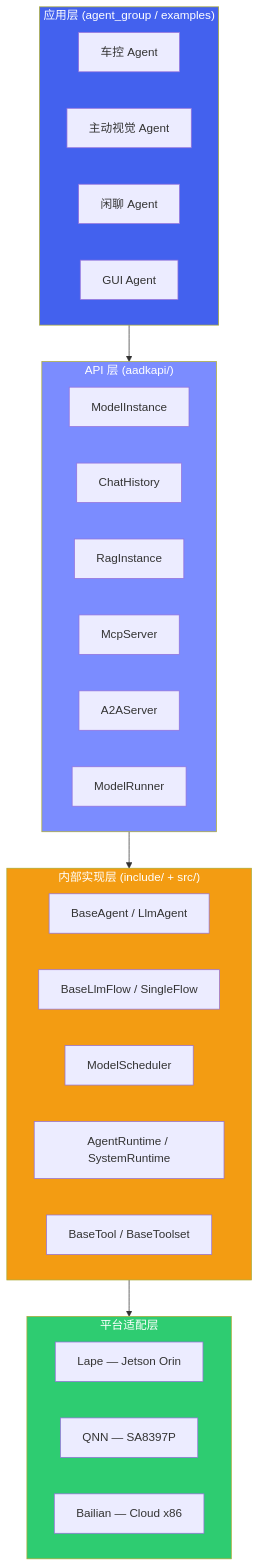
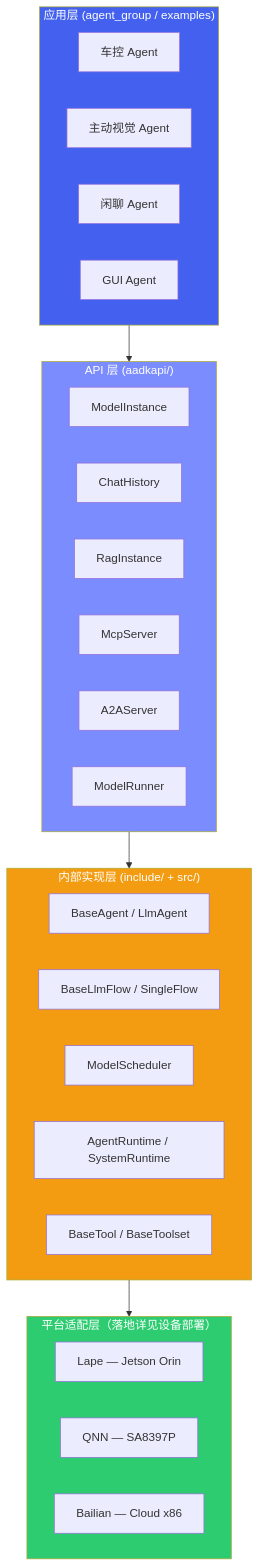
Before and after one commit to ranpin/edge-ai-docs: the first of 6 diagrams in cockpit/projects/agent-framework/agent-core.md, drawn with Mermaid. The commit also changed other lines of this file and 1 other file, not shown here.

Commit message:
精确化组件→文档映射，补 ModelRunner 定位与平台层指向
- overview §2 分层职责：API/CORE 两层「详见」精确到组件（ModelInstance/ChatHistory/RAG/ModelRunner→agent-core；MCP/A2A/Flow/Tool/Runtime→agent-protocols）
- agent-core §3.3：点明 ModelRunner 是 API 层调度入口（dispatcher 调它而非直接碰 ModelScheduler），交叉引用 agent-protocols §4.3 调用链
- agent-core §1.1 图：PLATFORM 层加「落地详见设备部署」指向
- 未增删标题，sec-N 不变；6 张 mermaid 全渲染

````diff
--- a/cockpit/projects/agent-framework/agent-core.md
+++ b/cockpit/projects/agent-framework/agent-core.md
@@ -28,41 +28,41 @@
 ```mermaid
 graph TD
     subgraph APP["应用层 (agent_group / examples)"]
         A1["车控 Agent"]
         A2["主动视觉 Agent"]
         A3["闲聊 Agent"]
         A4["GUI Agent"]
     end
 
     subgraph API["API 层 (aadkapi/)"]
         B1["ModelInstance"]
         B2["ChatHistory"]
         B3["RagInstance"]
         B4["McpServer"]
         B5["A2AServer"]
         B6["ModelRunner"]
     end
 
     subgraph CORE["内部实现层 (include/ + src/)"]
         C1["BaseAgent / LlmAgent"]
         C2["BaseLlmFlow / SingleFlow"]
         C3["ModelScheduler"]
         C4["AgentRuntime / SystemRuntime"]
         C5["BaseTool / BaseToolset"]
     end
 
-    subgraph PLATFORM["平台适配层"]
+    subgraph PLATFORM["平台适配层（落地详见设备部署）"]
         D1["Lape — Jetson Orin"]
         D2["QNN — SA8397P"]
         D3["Bailian — Cloud x86"]
     end
 
     APP --> API
     API --> CORE
     CORE --> PLATFORM
 
     style APP fill:#4361ee,color:#fff
     style API fill:#7b8cff,color:#fff
     style CORE fill:#f39c12,color:#fff
     style PLATFORM fill:#2ecc71,color:#fff
 ```
````
